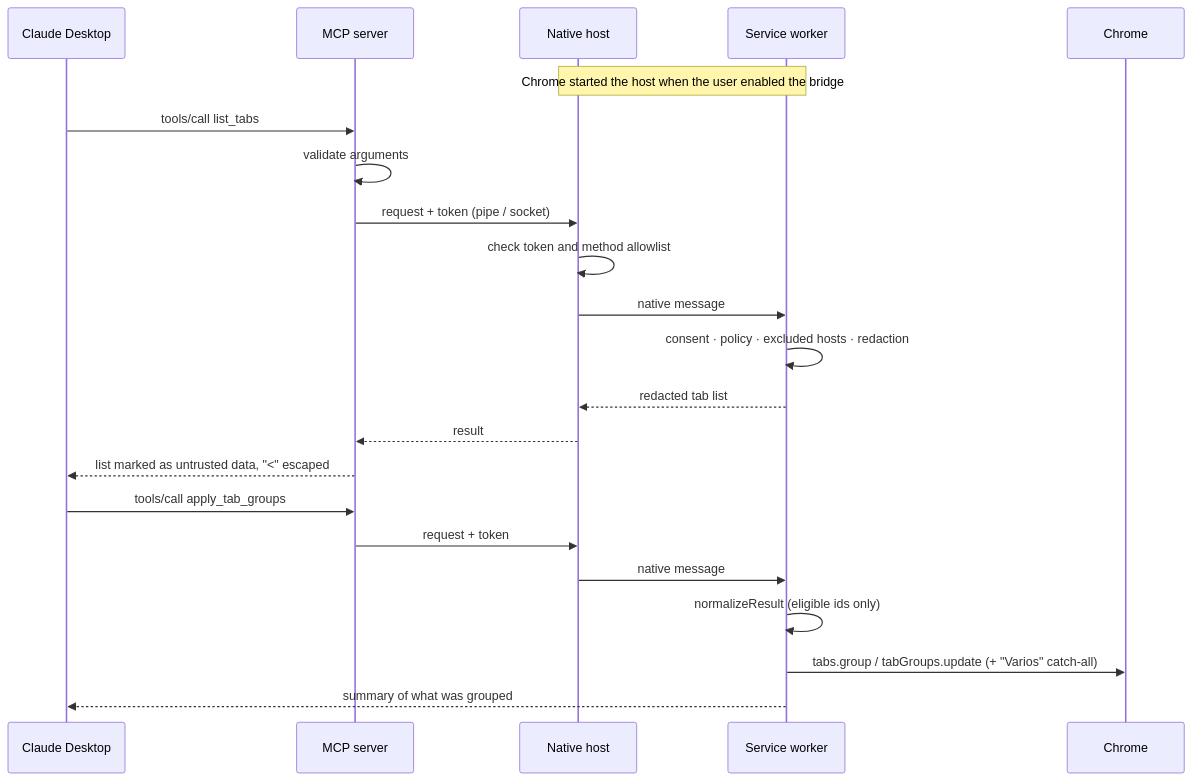
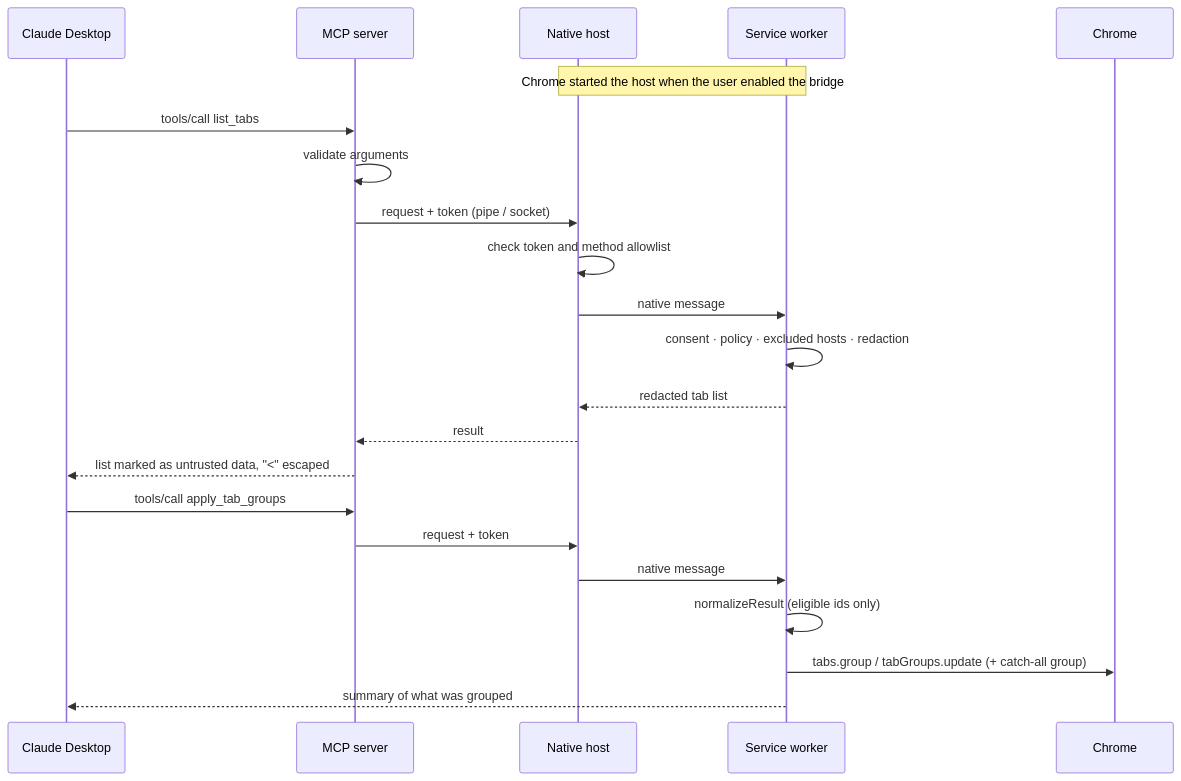
Before and after one commit to andreshma/ai-tab-grouper: the ninth of 12 diagrams in docs/DIAGRAMS.md, drawn with Mermaid. The commit also changed other lines of this file and 63 other files, not shown here.

````diff
--- a/docs/DIAGRAMS.md
+++ b/docs/DIAGRAMS.md
@@ -101,25 +320,25 @@
 ```mermaid
 sequenceDiagram
     participant D as Claude Desktop
     participant M as MCP server
     participant H as Native host
     participant SW as Service worker
     participant C as Chrome
 
     Note over H,SW: Chrome started the host when the user enabled the bridge
     D->>M: tools/call list_tabs
     M->>M: validate arguments
     M->>H: request + token (pipe / socket)
     H->>H: check token and method allowlist
     H->>SW: native message
     SW->>SW: consent · policy · excluded hosts · redaction
     SW-->>H: redacted tab list
     H-->>M: result
     M-->>D: list marked as untrusted data, "<" escaped
     D->>M: tools/call apply_tab_groups
     M->>H: request + token
     H->>SW: native message
     SW->>SW: normalizeResult (eligible ids only)
-    SW->>C: tabs.group / tabGroups.update (+ "Varios" catch-all)
+    SW->>C: tabs.group / tabGroups.update (+ catch-all group)
     SW-->>D: summary of what was grouped
 ```
````
